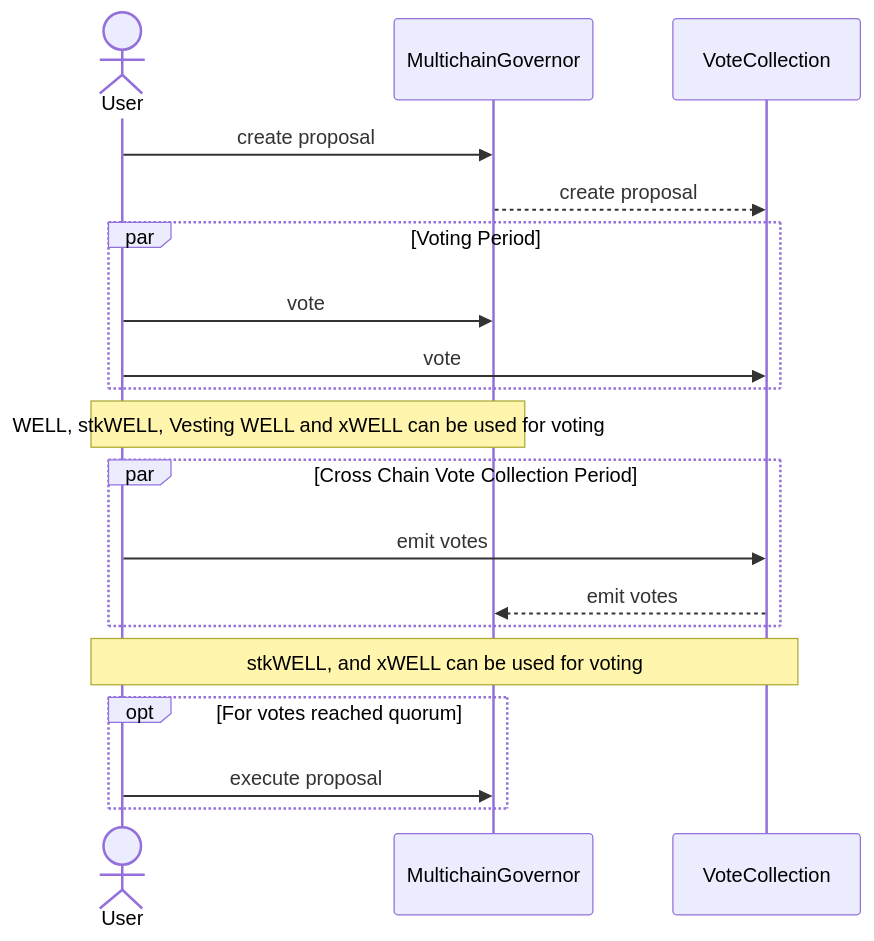
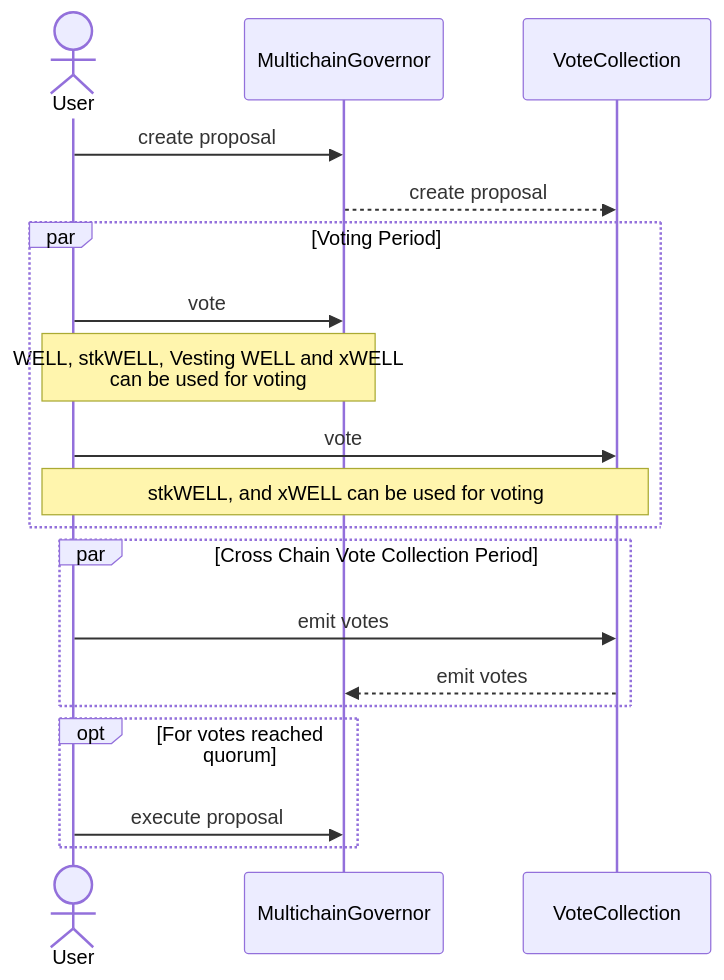
The first of 2 diagrams in docs/governance/contracts/MULTICHAINGOVERNOR.md (moonwell-fi/moonwell-contracts-v2), drawn with Mermaid before and after one commit.

Commit message:
alignment

````diff
--- a/docs/governance/contracts/MULTICHAINGOVERNOR.md
+++ b/docs/governance/contracts/MULTICHAINGOVERNOR.md
@@ -18,21 +18,21 @@
 ```mermaid
 sequenceDiagram
     Actor User
     participant MultichainGovernor
     participant VoteCollection
     User->>MultichainGovernor: create proposal
     MultichainGovernor-->>VoteCollection: create proposal
     par Voting Period
         User->>MultichainGovernor: vote
+        Note over User,MultichainGovernor: WELL, stkWELL, Vesting WELL and xWELL<br/> can be used for voting
         User->>VoteCollection: vote
+        Note over User,VoteCollection: stkWELL, and xWELL can be used for voting
     end
-    Note over User,MultichainGovernor: WELL, stkWELL, Vesting WELL and xWELL can be used for voting
     par Cross Chain Vote Collection Period
         User->>VoteCollection: emit votes
         VoteCollection-->>MultichainGovernor: emit votes
     end
-    Note over User,VoteCollection: stkWELL, and xWELL can be used for voting
     opt For votes reached quorum
         User->>MultichainGovernor: execute proposal
     end
 ```
````
